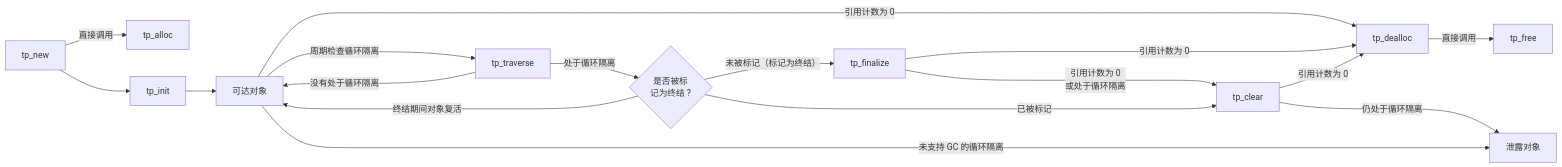
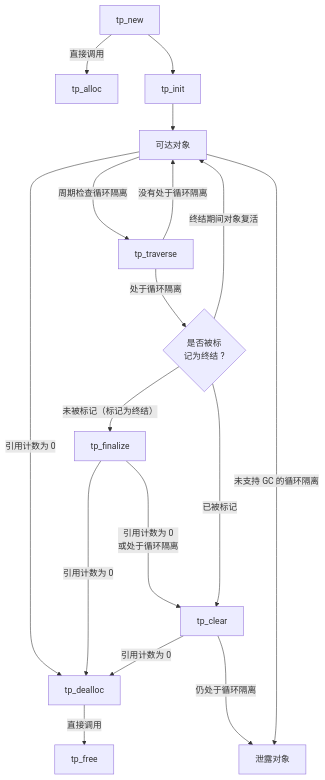
Before and after one commit to gndlwch2w/python-hows: the diagram in object-oriented-system/object-lifecycle.md, drawn with Mermaid. The commit also changed 2 other files, not shown here.

````diff
--- a/object-oriented-system/object-lifecycle.md
+++ b/object-oriented-system/object-lifecycle.md
@@ -5,24 +5,24 @@
 ```mermaid
-graph LR
+graph TB
     tp_new -- 直接调用 --> tp_alloc
     tp_new --> tp_init
     tp_init --> reachable["可达对象"]
     reachable -- 引用计数为 0 --> tp_dealloc
     tp_dealloc -- 直接调用 --> tp_free
     
     reachable -- 周期检查循环隔离 ---> tp_traverse
     tp_traverse -- 没有处于循环隔离 --> reachable
     tp_traverse -- 处于循环隔离 --> is_finalize{是否被标<br>记为终结 ?}
 
     is_finalize -- 未被标记（标记为终结） --> tp_finalize
     is_finalize -- 终结期间对象复活 --> reachable
     
     tp_finalize -- 引用计数为 0<br>或处于循环隔离 ----> tp_clear
     is_finalize -- 已被标记 --> tp_clear
     tp_finalize -- 引用计数为 0 --> tp_dealloc
     %% tp_dealloc -. 推荐调用 .-> tp_finalize
 
     tp_clear -- 仍处于循环隔离 ---> unreachable["泄露对象"]
     reachable -- 未支持 GC 的循环隔离 --> unreachable
     tp_clear -- 引用计数为 0 --> tp_dealloc
 ```
````
